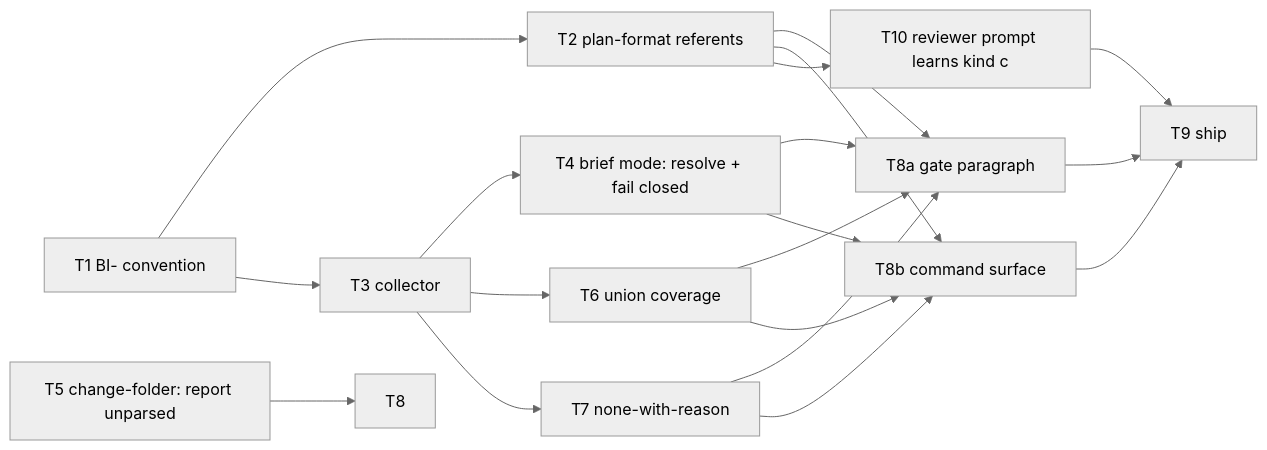
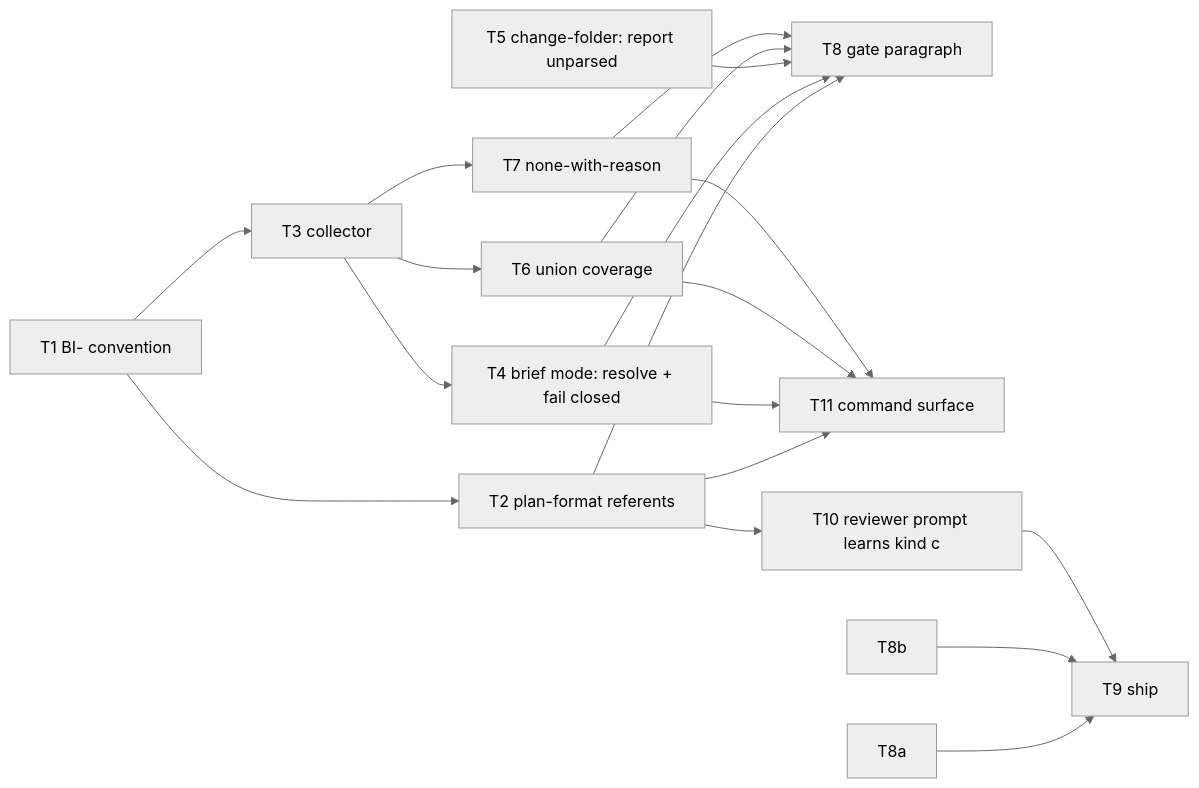
One commit to kouko/monkey-skills changed the diagram in docs/loom/plans/2026-08-13-brief-item-addressability.md. Above: the diagram before and after it, drawn with Mermaid (neutral theme). The commit also changed other lines of this file, not shown here.

````diff
--- a/docs/loom/plans/2026-08-13-brief-item-addressability.md
+++ b/docs/loom/plans/2026-08-13-brief-item-addressability.md
@@ -21,21 +21,21 @@
 ```mermaid
 flowchart LR
   T1[T1 BI- convention] --> T2[T2 plan-format referents]
   T1 --> T3[T3 collector]
   T3 --> T4[T4 brief mode: resolve + fail closed]
   T3 --> T6[T6 union coverage]
   T3 --> T7[T7 none-with-reason]
-  T2 --> T8a[T8a gate paragraph]
-  T2 --> T8b[T8b command surface]
-  T4 --> T8a
-  T4 --> T8b
+  T2 --> T8[T8 gate paragraph]
+  T2 --> T11[T11 command surface]
+  T4 --> T8
+  T4 --> T11
   T5[T5 change-folder: report unparsed] --> T8
-  T6 --> T8a
-  T6 --> T8b
-  T7 --> T8a
-  T7 --> T8b
+  T6 --> T8
+  T6 --> T11
+  T7 --> T8
+  T7 --> T11
   T8a --> T9[T9 ship]
   T8b --> T9
   T2 --> T10[T10 reviewer prompt learns kind c]
   T10 --> T9
 ```
````
